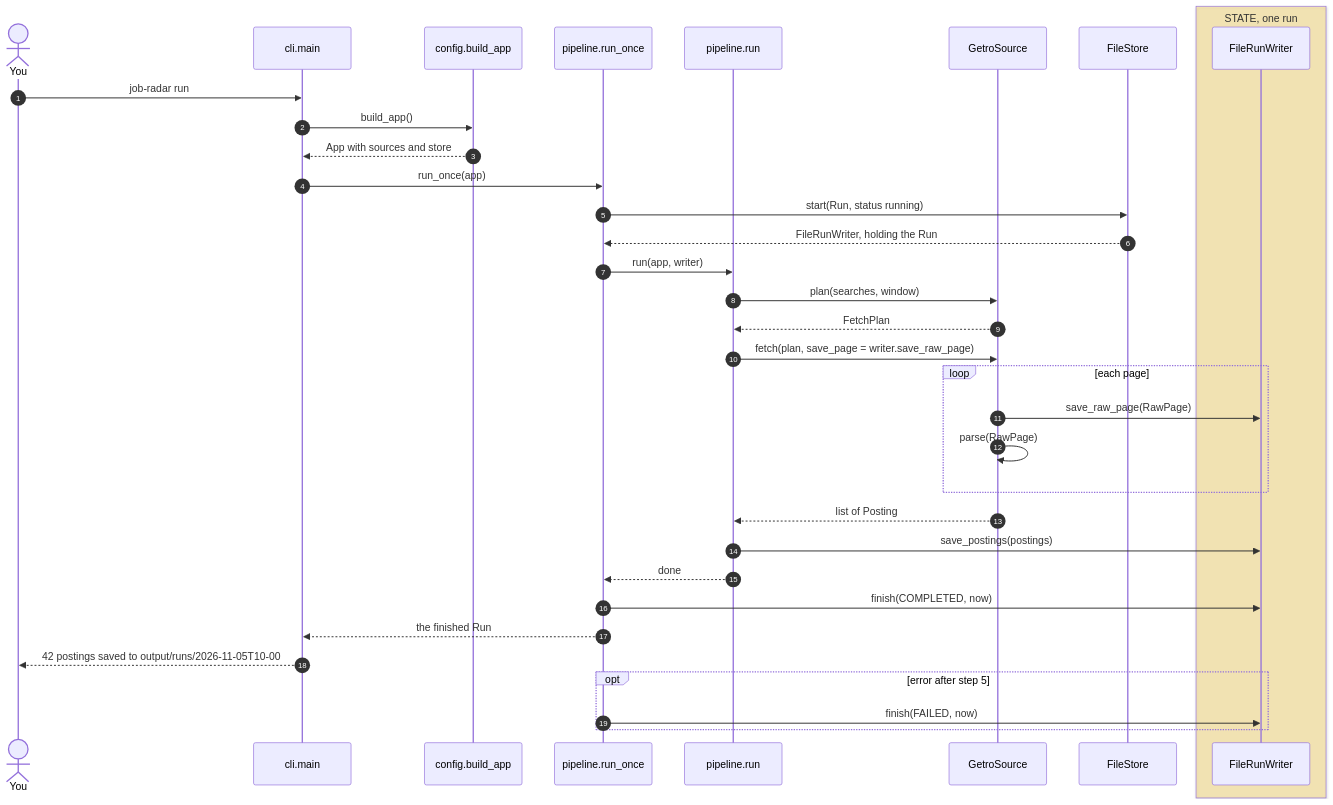
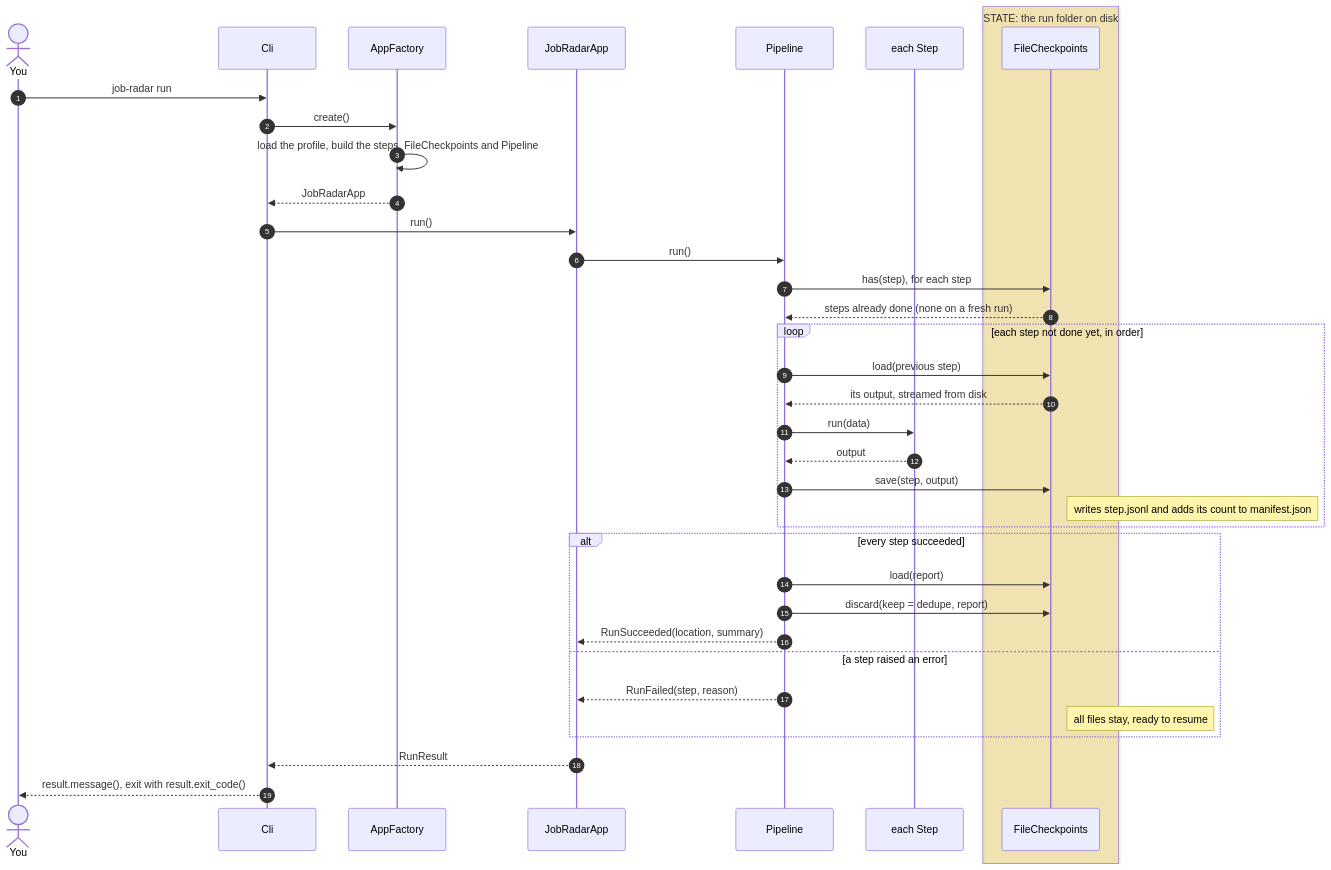
One commit to adailida/job-radar changed the third of 4 diagrams in docs/architecture.md. Above: the diagram before and after it, drawn with Mermaid. The commit also changed other lines of this file, not shown here.

First line of the commit message:
Redesign the architecture: pipeline of steps with checkpoints

````diff
--- a/docs/architecture.md
+++ b/docs/architecture.md
@@ -131,38 +266,40 @@
 ```mermaid
 sequenceDiagram
     autonumber
     actor U as You
-    participant cli as cli.main
-    participant cfg as config.build_app
-    participant once as pipeline.run_once
-    participant run as pipeline.run
-    participant src as GetroSource
-    participant fs as FileStore
-    box rgba(255, 193, 7, 0.25) STATE, one run
-        participant w as FileRunWriter
+    participant cli as Cli
+    participant f as AppFactory
+    participant app as JobRadarApp
+    participant p as Pipeline
+    participant s as each Step
+    box rgba(255, 193, 7, 0.25) STATE: the run folder on disk
+        participant cp as FileCheckpoints
     end
 
     U->>cli: job-radar run
-    cli->>cfg: build_app()
-    cfg-->>cli: App with sources and store
-    cli->>once: run_once(app)
-    once->>fs: start(Run, status running)
-    fs-->>once: FileRunWriter, holding the Run
-    once->>run: run(app, writer)
-    run->>src: plan(searches, window)
-    src-->>run: FetchPlan
-    run->>src: fetch(plan, save_page = writer.save_raw_page)
-    loop each page
-        src->>w: save_raw_page(RawPage)
-        src->>src: parse(RawPage)
+    cli->>f: create()
+    f->>f: load the profile, build the steps, FileCheckpoints and Pipeline
+    f-->>cli: JobRadarApp
+    cli->>app: run()
+    app->>p: run()
+    p->>cp: has(step), for each step
+    cp-->>p: steps already done (none on a fresh run)
+    loop each step not done yet, in order
+        p->>cp: load(previous step)
+        cp-->>p: its output, streamed from disk
+        p->>s: run(data)
+        s-->>p: output
+        p->>cp: save(step, output)
+        Note right of cp: writes step.jsonl and adds its count to manifest.json
     end
-    src-->>run: list of Posting
-    run->>w: save_postings(postings)
-    run-->>once: done
-    once->>w: finish(COMPLETED, now)
-    once-->>cli: the finished Run
-    cli-->>U: 42 postings saved to output/runs/2026-11-05T10-00
-    opt error after step 5
-        once->>w: finish(FAILED, now)
+    alt every step succeeded
+        p->>cp: load(report)
+        p->>cp: discard(keep = dedupe, report)
+        p-->>app: RunSucceeded(location, summary)
+    else a step raised an error
+        p-->>app: RunFailed(step, reason)
+        Note right of cp: all files stay, ready to resume
     end
+    app-->>cli: RunResult
+    cli-->>U: result.message(), exit with result.exit_code()
 ```
````
